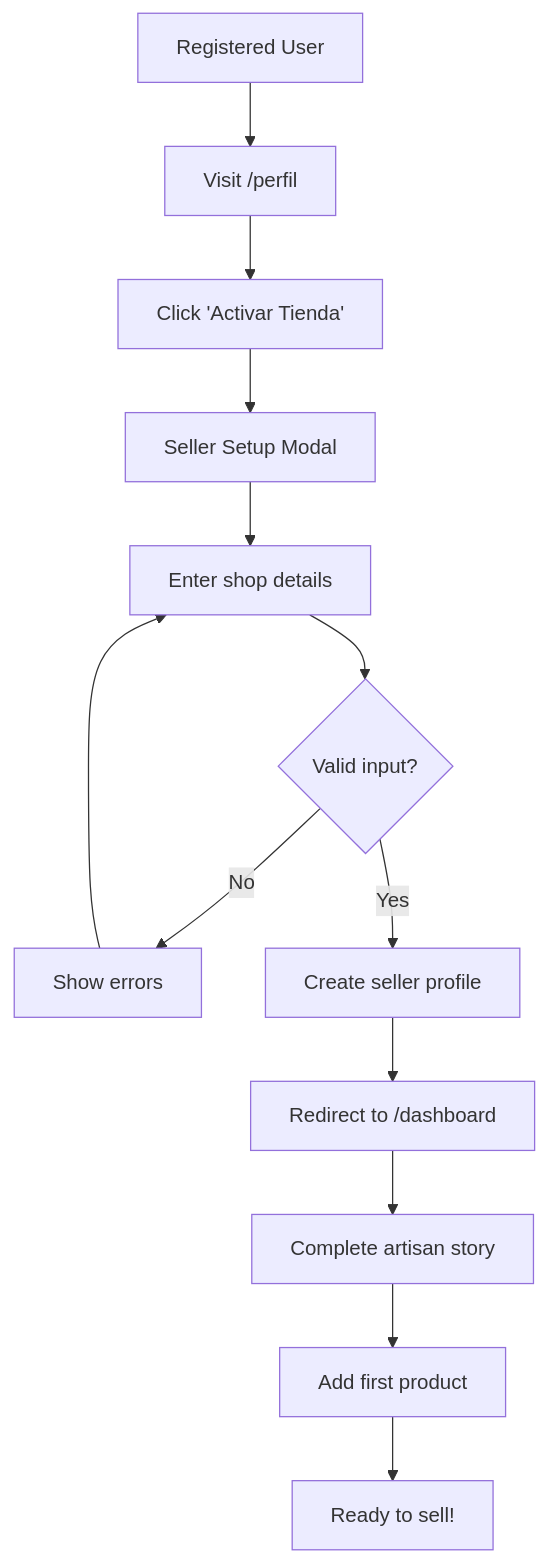
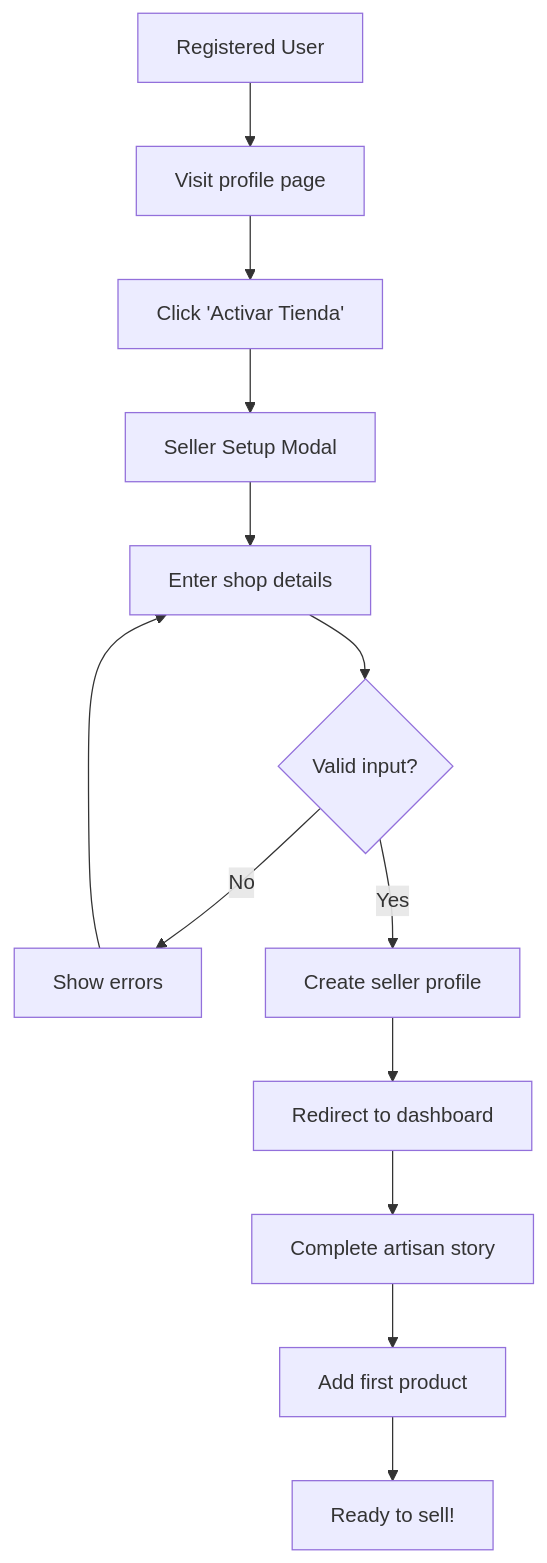
Before and after one commit to jorgejac1/hechomx: the fifth of 11 diagrams in docs/FLOWS.md, drawn with Mermaid. The commit also changed other lines of this file and 9 other files, not shown here.

````diff
--- a/docs/FLOWS.md
+++ b/docs/FLOWS.md
@@ -129,15 +129,15 @@
 ```mermaid
 flowchart TD
-    A[Registered User] --> B[Visit /perfil]
-    B --> C[Click 'Activar Tienda']
-    C --> D[Seller Setup Modal]
-    D --> E[Enter shop details]
-    E --> F{Valid input?}
-    F -->|No| G[Show errors]
+    A["Registered User"] --> B["Visit profile page"]
+    B --> C["Click 'Activar Tienda'"]
+    C --> D["Seller Setup Modal"]
+    D --> E["Enter shop details"]
+    E --> F{"Valid input?"}
+    F -->|No| G["Show errors"]
     G --> E
-    F -->|Yes| H[Create seller profile]
-    H --> I[Redirect to /dashboard]
-    I --> J[Complete artisan story]
-    J --> K[Add first product]
-    K --> L[Ready to sell!]
+    F -->|Yes| H["Create seller profile"]
+    H --> I["Redirect to dashboard"]
+    I --> J["Complete artisan story"]
+    J --> K["Add first product"]
+    K --> L["Ready to sell!"]
 ```
````
